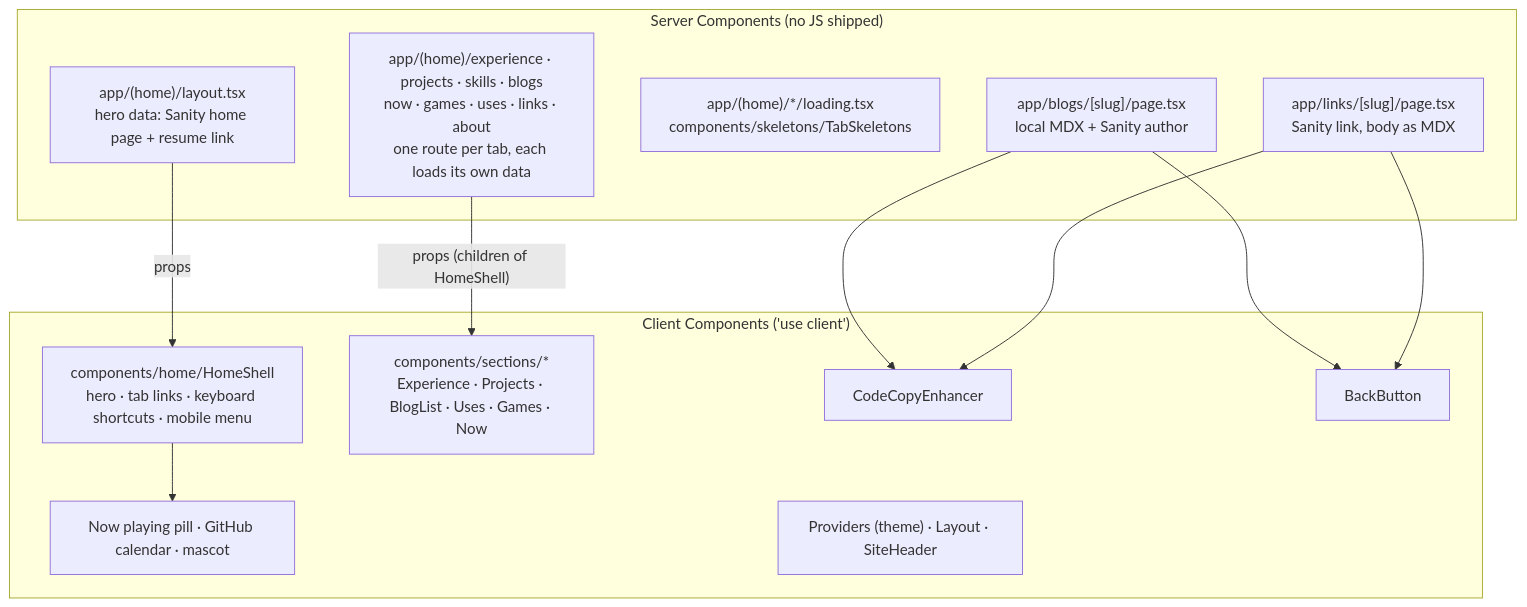
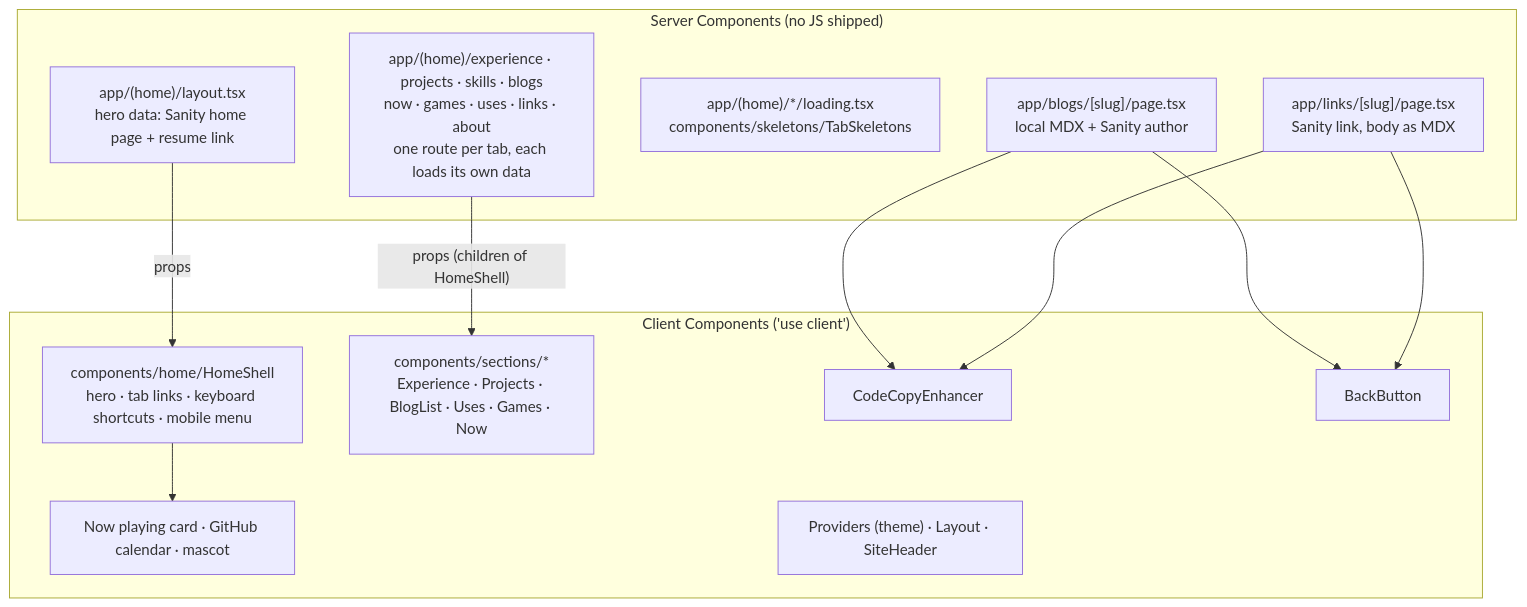
One commit to Pratham82/portfolio-v5 changed the third of 3 diagrams in docs/architecture.md. Above: the diagram before and after it, drawn with Mermaid. The commit also changed other lines of this file and 10 other files, not shown here.

First line of the commit message:
feat: 🎸 bring back the Now Playing card and add Mumbai weather to the hero

````diff
--- a/docs/architecture.md
+++ b/docs/architecture.md
@@ -76,27 +76,27 @@
 ```mermaid
 flowchart TB
     subgraph Server["Server Components (no JS shipped)"]
         HomeLayout["app/(home)/layout.tsx<br/>hero data: Sanity home page + resume link"]
         TabPages["app/(home)/experience · projects · skills · blogs<br/>now · games · uses · links · about<br/>one route per tab, each loads its own data"]
         Skeletons["app/(home)/*/loading.tsx<br/>components/skeletons/TabSkeletons"]
         BlogPage["app/blogs/[slug]/page.tsx<br/>local MDX + Sanity author"]
         LinkPage["app/links/[slug]/page.tsx<br/>Sanity link, body as MDX"]
     end
 
     subgraph Client["Client Components ('use client')"]
         HomeShell["components/home/HomeShell<br/>hero · tab links · keyboard shortcuts · mobile menu"]
-        Widgets["Now playing pill · GitHub calendar · mascot"]
+        Widgets["Now playing card · GitHub calendar · mascot"]
         Sections["components/sections/*<br/>Experience · Projects · BlogList · Uses · Games · Now"]
         Copy["CodeCopyEnhancer"]
         Back["BackButton"]
         Shell["Providers (theme) · Layout · SiteHeader"]
     end
 
     HomeLayout -- props --> HomeShell
     HomeShell --> Widgets
     TabPages -- "props (children of HomeShell)" --> Sections
     BlogPage --> Copy
     BlogPage --> Back
     LinkPage --> Copy
     LinkPage --> Back
 ```
````
